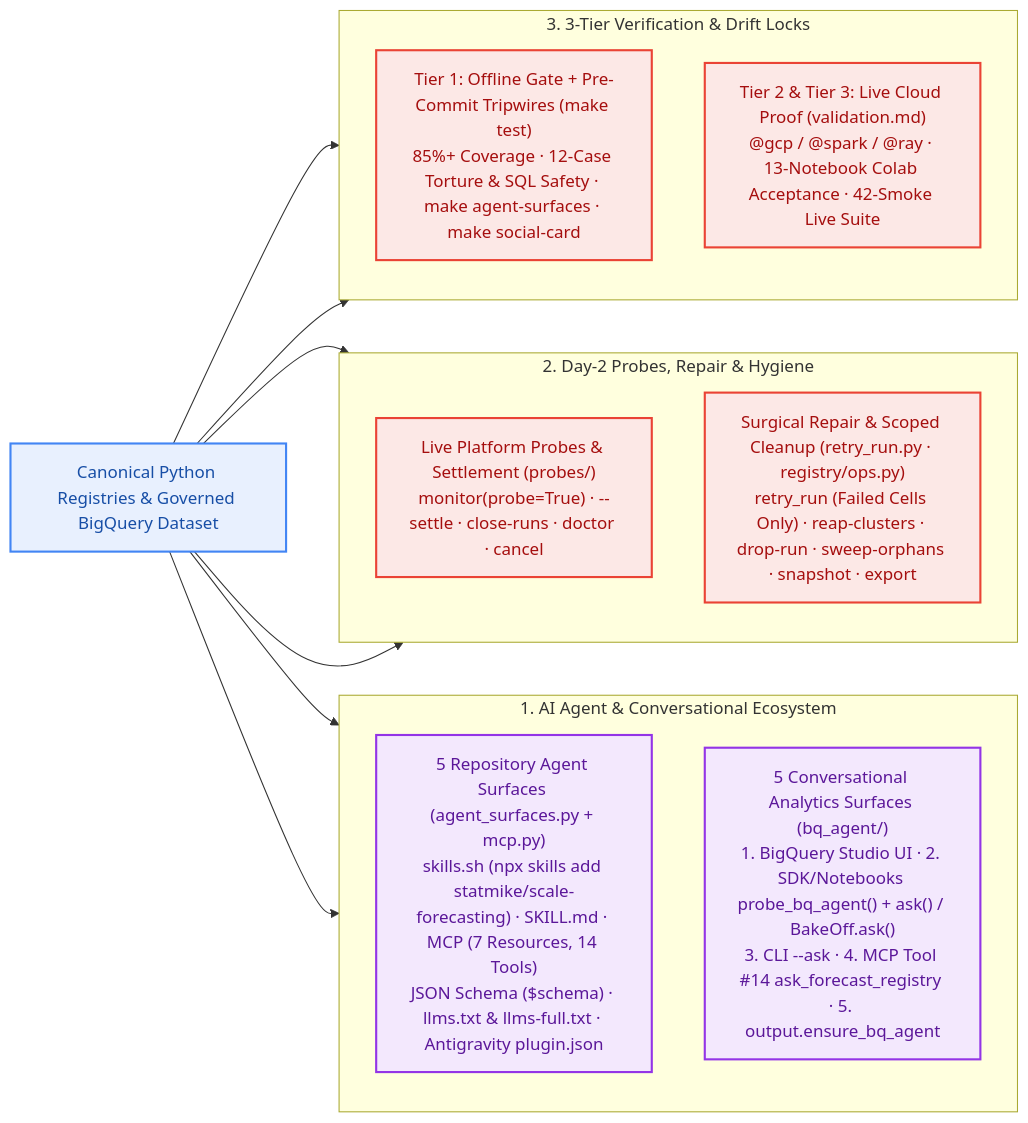
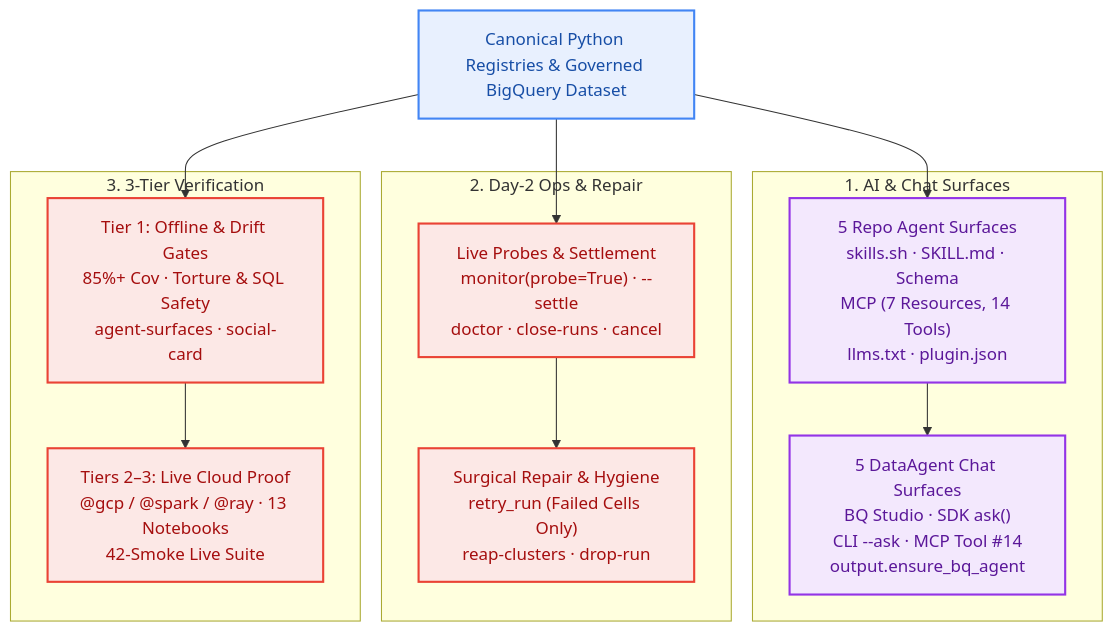
One commit to statmike/scale-forecasting changed diagram 17 of 17 in docs/visual_architecture.md. Above: the diagram before and after it, drawn with Mermaid. The commit also changed other lines of this file and 14 other files, not shown here.

Commit message:
docs(mermaid): reconfigure wide diagrams to vertical TD layout with concise labels

````diff
--- a/docs/visual_architecture.md
+++ b/docs/visual_architecture.md
@@ -772,31 +718,31 @@
 ```mermaid
-flowchart LR
+flowchart TD
     CORE_SRC["Canonical Python Registries & Governed BigQuery Dataset"]
 
-    subgraph AGENTS["1. AI Agent & Conversational Ecosystem"]
-        direction TB
-        AG_REPO["5 Repository Agent Surfaces (agent_surfaces.py + mcp.py)<br/>skills.sh (npx skills add statmike/scale-forecasting) · SKILL.md · MCP (7 Resources, 14 Tools)<br/>JSON Schema ($schema) · llms.txt & llms-full.txt · Antigravity plugin.json"]
-        AG_CHAT["5 Conversational Analytics Surfaces (bq_agent/)<br/>1. BigQuery Studio UI · 2. SDK/Notebooks probe_bq_agent() + ask() / BakeOff.ask()<br/>3. CLI --ask · 4. MCP Tool #14 ask_forecast_registry · 5. output.ensure_bq_agent"]
+    subgraph AGENTS["1. AI & Chat Surfaces"]
+        AG_REPO["5 Repo Agent Surfaces<br/>skills.sh · SKILL.md · Schema<br/>MCP (7 Resources, 14 Tools)<br/>llms.txt · plugin.json"]
+        AG_CHAT["5 DataAgent Chat Surfaces<br/>BQ Studio · SDK ask()<br/>CLI --ask · MCP Tool #14<br/>output.ensure_bq_agent"]
+        AG_REPO --> AG_CHAT
     end
 
-    subgraph DAY2["2. Day-2 Probes, Repair & Hygiene"]
-        direction TB
-        OP1["Live Platform Probes & Settlement (probes/)<br/>monitor(probe=True) · --settle · close-runs · doctor · cancel"]
-        OP2["Surgical Repair & Scoped Cleanup (retry_run.py · registry/ops.py)<br/>retry_run (Failed Cells Only) · reap-clusters · drop-run · sweep-orphans · snapshot · export"]
+    subgraph DAY2["2. Day-2 Ops & Repair"]
+        OP1["Live Probes & Settlement<br/>monitor(probe=True) · --settle<br/>doctor · close-runs · cancel"]
+        OP2["Surgical Repair & Hygiene<br/>retry_run (Failed Cells Only)<br/>reap-clusters · drop-run"]
+        OP1 --> OP2
     end
 
-    subgraph VERIFY["3. 3-Tier Verification & Drift Locks"]
-        direction TB
-        T_OFF["Tier 1: Offline Gate + Pre-Commit Tripwires (make test)<br/>85%+ Coverage · 12-Case Torture & SQL Safety · make agent-surfaces · make social-card"]
-        T_LIVE["Tier 2 & Tier 3: Live Cloud Proof (validation.md)<br/>@gcp / @spark / @ray · 13-Notebook Colab Acceptance · 42-Smoke Live Suite"]
+    subgraph VERIFY["3. 3-Tier Verification"]
+        T_OFF["Tier 1: Offline & Drift Gates<br/>85%+ Cov · Torture & SQL Safety<br/>agent-surfaces · social-card"]
+        T_LIVE["Tiers 2–3: Live Cloud Proof<br/>@gcp / @spark / @ray · 13 Notebooks<br/>42-Smoke Live Suite"]
+        T_OFF --> T_LIVE
     end
 
-    CORE_SRC --> AG_REPO & AG_CHAT & OP1 & OP2 & T_OFF & T_LIVE
+    CORE_SRC --> AG_REPO & OP1 & T_OFF
 
     classDef data fill:#E8F0FE,stroke:#4285F4,stroke-width:2px,color:#174EA6
     classDef semantic fill:#F3E8FD,stroke:#9334E6,stroke-width:2px,color:#5B1799
     classDef route fill:#FCE8E6,stroke:#EA4335,stroke-width:2px,color:#A50E0E
     class CORE_SRC data
     class AG_REPO,AG_CHAT semantic
     class OP1,OP2,T_OFF,T_LIVE route
 ```
````
